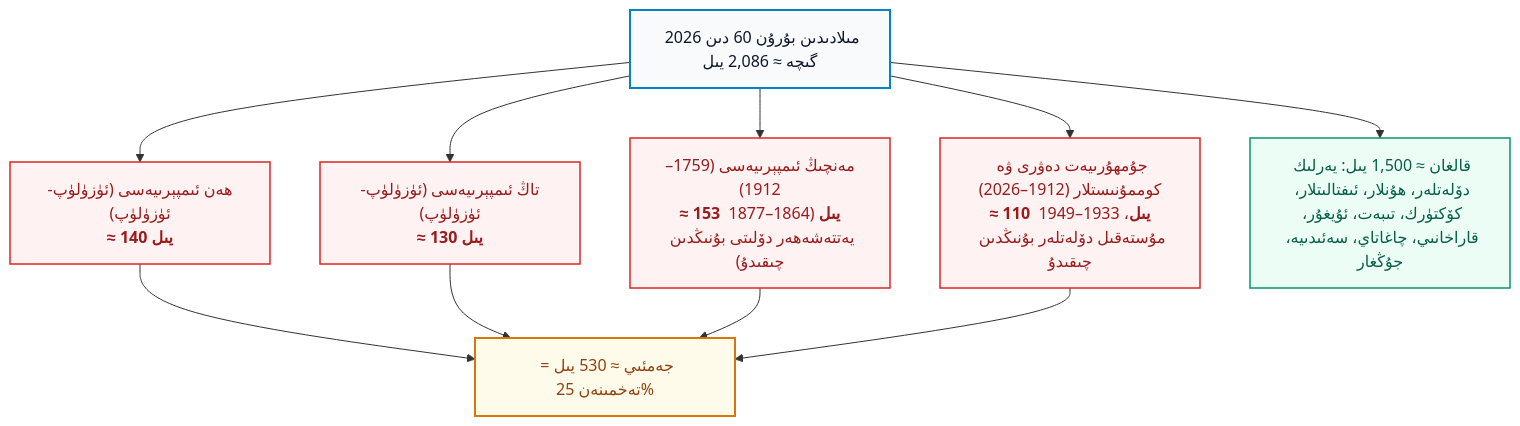
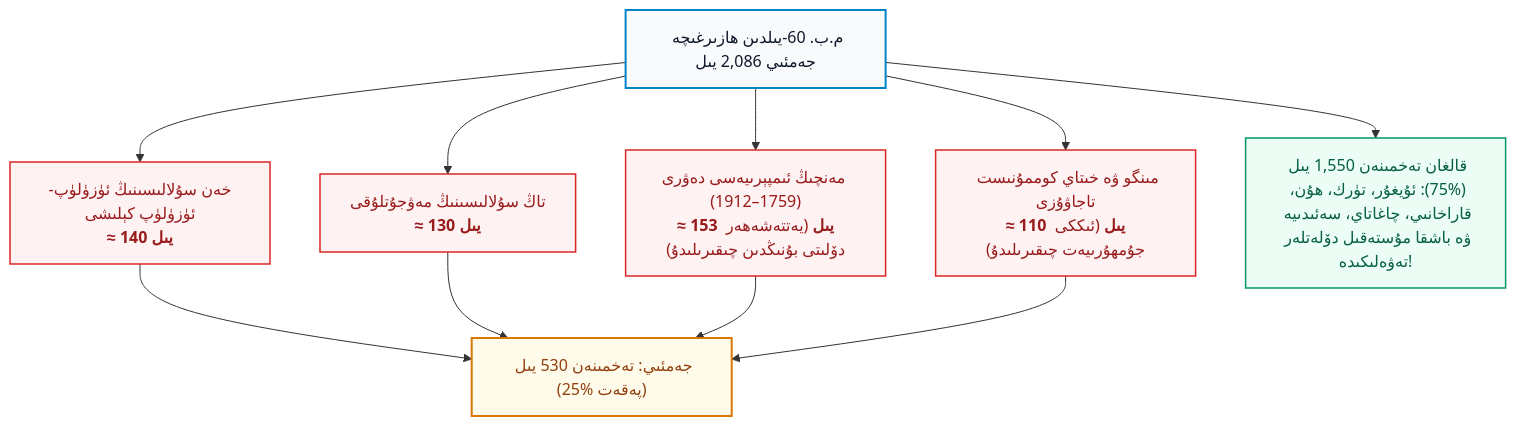
The third of 4 diagrams in _posts/2026-10-25-Kunlun-Medeniyiti-We-Sherqiy-Turkistan-Tarix-Burmilash.md (UyCoder/paydilar), drawn with Mermaid before and after one commit. The commit also changed other lines of this file and 2 other files, not shown here.

````diff
--- a/_posts/2026-10-25-Kunlun-Medeniyiti-We-Sherqiy-Turkistan-Tarix-Burmilash.md
+++ b/_posts/2026-10-25-Kunlun-Medeniyiti-We-Sherqiy-Turkistan-Tarix-Burmilash.md
@@ -132,18 +149,19 @@
 ```mermaid
 flowchart TD
     classDef title fill:#f8fafc,stroke:#0284c7,stroke-width:2px,color:#0f172a;
     classDef rule fill:#fef2f2,stroke:#dc2626,stroke-width:1.5px,color:#991b1b;
     classDef total fill:#fffbeb,stroke:#d97706,stroke-width:2px,color:#92400e;
     classDef other fill:#ecfdf5,stroke:#059669,stroke-width:1.5px,color:#065f46;
 
-    Main["مىلادىدىن بۇرۇن 60 دىن 2026 گىچە ≈ 2,086 يىل"]:::title
-    Main --> H["ھەن ئىمپېرىيەسى (ئۈزۈلۈپ-ئۈزۈلۈپ)<br/><b>≈ 140 يىل</b>"]:::rule
-    Main --> T["تاڭ ئىمپېرىيەسى (ئۈزۈلۈپ-ئۈزۈلۈپ)<br/><b>≈ 130 يىل</b>"]:::rule
-    Main --> Q["مەنچىڭ ئىمپېرىيەسى (1759–1912)<br/><b>≈ 153 يىل</b> (1864–1877 يەتتەشەھەر دۆلىتى بۇنىڭدىن چىقىدۇ)"]:::rule
-    Main --> M["جۇمھۇرىيەت دەۋرى ۋە كوممۇنىستلار (1912–2026)<br/><b>≈ 110 يىل</b>، 1933–1949 مۇستەقىل دۆلەتلەر بۇنىڭدىن چىقىدۇ"]:::rule
-    H --> S["جەمئىي ≈ 530 يىل = تەخمىنەن 25%"]:::total
+    Main["م.ب. 60-يىلدىن ھازىرغىچە جەمئىي 2,086 يىل"]:::title
+    Main --> H["خەن سۇلالىسىنىڭ ئۈزۈلۈپ-ئۈزۈلۈپ كېلىشى<br/><b>≈ 140 يىل</b>"]:::rule
+    Main --> T["تاڭ سۇلالىسىنىڭ مەۋجۇتلۇقى<br/><b>≈ 130 يىل</b>"]:::rule
+    Main --> Q["مەنچىڭ ئىمپېرىيەسى دەۋرى (1759–1912)<br/><b>≈ 153 يىل</b> (يەتتەشەھەر دۆلىتى بۇنىڭدىن چىقىرىلىدۇ)"]:::rule
+    Main --> M["مىنگو ۋە خىتاي كوممۇنىست تاجاۋۇزى<br/><b>≈ 110 يىل</b> (ئىككى جۇمھۇرىيەت چىقىرىلىدۇ)"]:::rule
+    
+    H --> S["جەمئىي: تەخمىنەن 530 يىل (پەقەت %25)"]:::total
     T --> S
     Q --> S
     M --> S
-    Main --> O["قالغان ≈ 1,500 يىل: يەرلىك دۆلەتلەر، ھۇنلار، ئىفتالىتلار، كۆكتۈرك، تىبەت، ئۇيغۇر، قاراخانىي، چاغاتاي، سەئىدىيە، جۇڭغار"]:::other
+    Main --> O["قالغان تەخمىنەن 1,550 يىل (%75): ئۇيغۇر، تۈرك، ھۇن، قاراخانىي، چاغاتاي، سەئىدىيە ۋە باشقا مۇستەقىل دۆلەتلەر تەۋەلىكىدە!"]:::other
 ```
````
